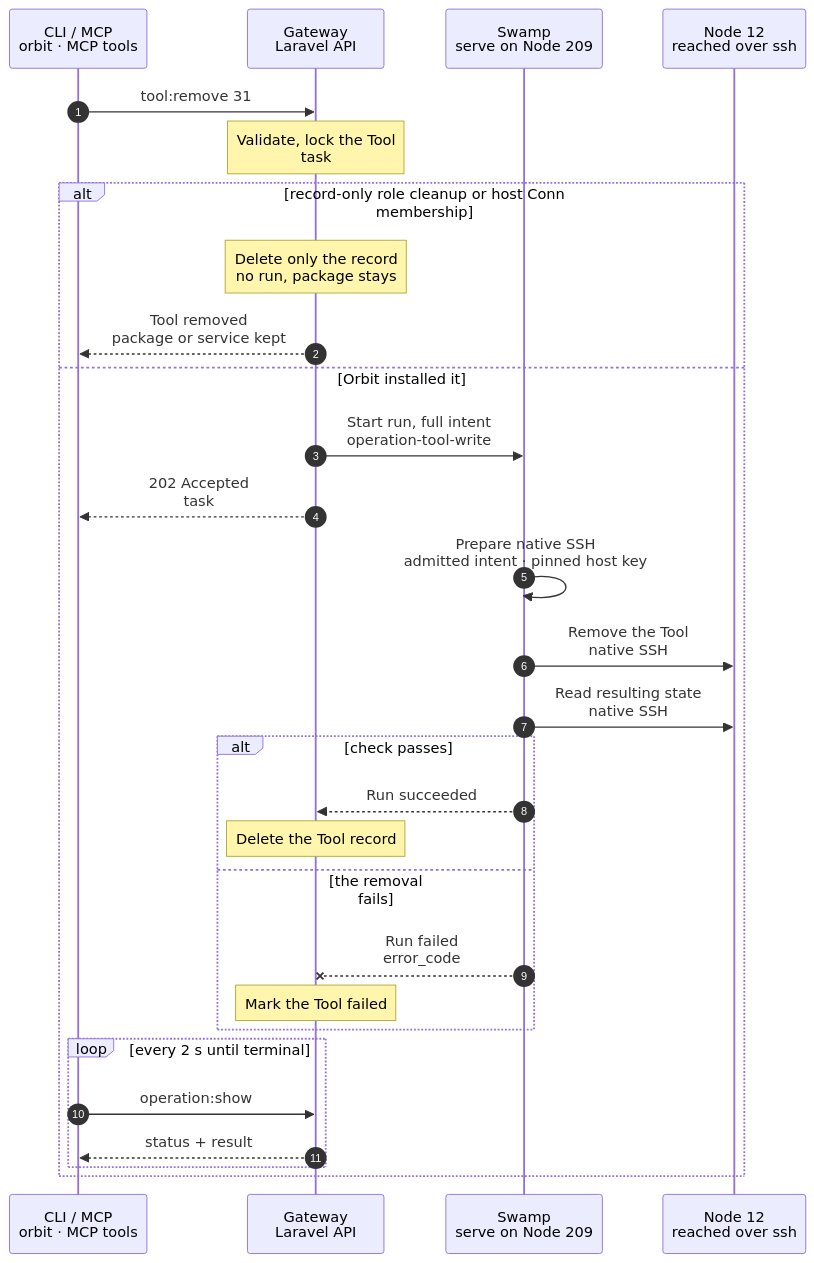
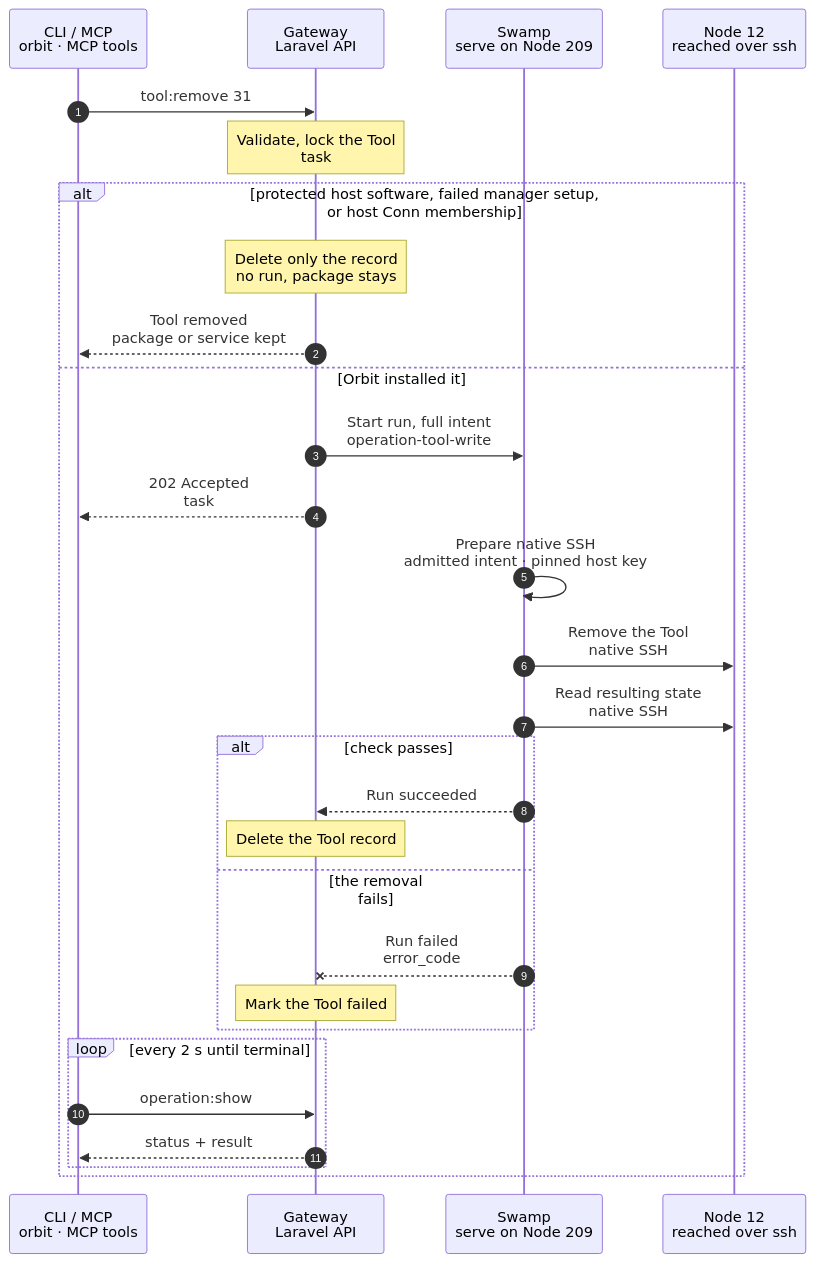
One commit to hardimpactdev/orbit changed the diagram in docs/cli/tool/remove.mmd. Above: the diagram before and after it, drawn with Mermaid. The commit also changed 24 other files, not shown here.

Commit message:
Enforce Conn Tool policy and make protected withdrawal resumable

```diff
--- a/docs/cli/tool/remove.mmd
+++ b/docs/cli/tool/remove.mmd
@@ -1,48 +1,49 @@
 sequenceDiagram
   %% docs/reference/tools.md#remove-a-tool. R1: a record-only change starts no run.
   %% status: draft
   %% command: tool:remove
   %% kind: tool.remove
   autonumber
   %% lane CLI icon=terminal pill=caller tone=gray
   %% lane GW icon=gateway pill=intent tone=blue
   %% lane SW icon=workflow pill=executes tone=green
   %% lane N icon=server pill=target tone=amber
   participant CLI as CLI / MCP<br/>orbit · MCP tools
   participant GW as Gateway<br/>Laravel API
   participant SW as Swamp<br/>serve on Node 209
   participant N as Node 12<br/>reached over ssh
   CLI->>GW: tool:remove 31
   %%> Command:
   %%> - `orbit tool:remove 31 --yes`
   %%> - syntax: `<tool> [--yes] [--idempotency-key=KEY] [--json]`
   Note over GW: Validate, lock the Tool<br/>task #5135 · ripgrep on Node 12
-  alt record-only role cleanup or host Conn membership
+  alt protected host software, failed manager setup, or host Conn membership
     Note over GW: Delete only the record<br/>no run, package stays
     %%> Why:
     %%> - the recipe owns the package; removing it would break the role
+    %%> - a never-installed Tool can be withdrawn after manager setup fails
     %%> - withdrawing a host Conn membership leaves the service running and excludes it from future release rollouts
     GW-->>CLI: Tool removed<br/>package or service kept
   else Orbit installed it
     GW->>SW: Start run, full intent<br/>operation-tool-write
     GW-->>CLI: 202 Accepted<br/>task #5135
     SW->>SW: Prepare native SSH<br/>admitted intent · pinned host key
     SW->>N: Remove the Tool<br/>native SSH
     %%> Scope:
     %%> - remove the apt source when no membership needs it; otherwise repin only the remaining packages
     %%> - a removal that would also remove a held recipe package is refused
     SW->>N: Read resulting state<br/>native SSH
     alt check passes
       SW-->>GW: Run succeeded
       Note over GW: Delete the Tool record
     else the removal fails
       SW--xGW: Run failed<br/>error_code
       Note over GW: Mark the Tool failed
       %%> Retry:
       %%> - run the same command again after a fix
     end
     loop every 2 s until terminal
       CLI->>GW: operation:show #5135
       GW-->>CLI: status + result
     end
   end
```
